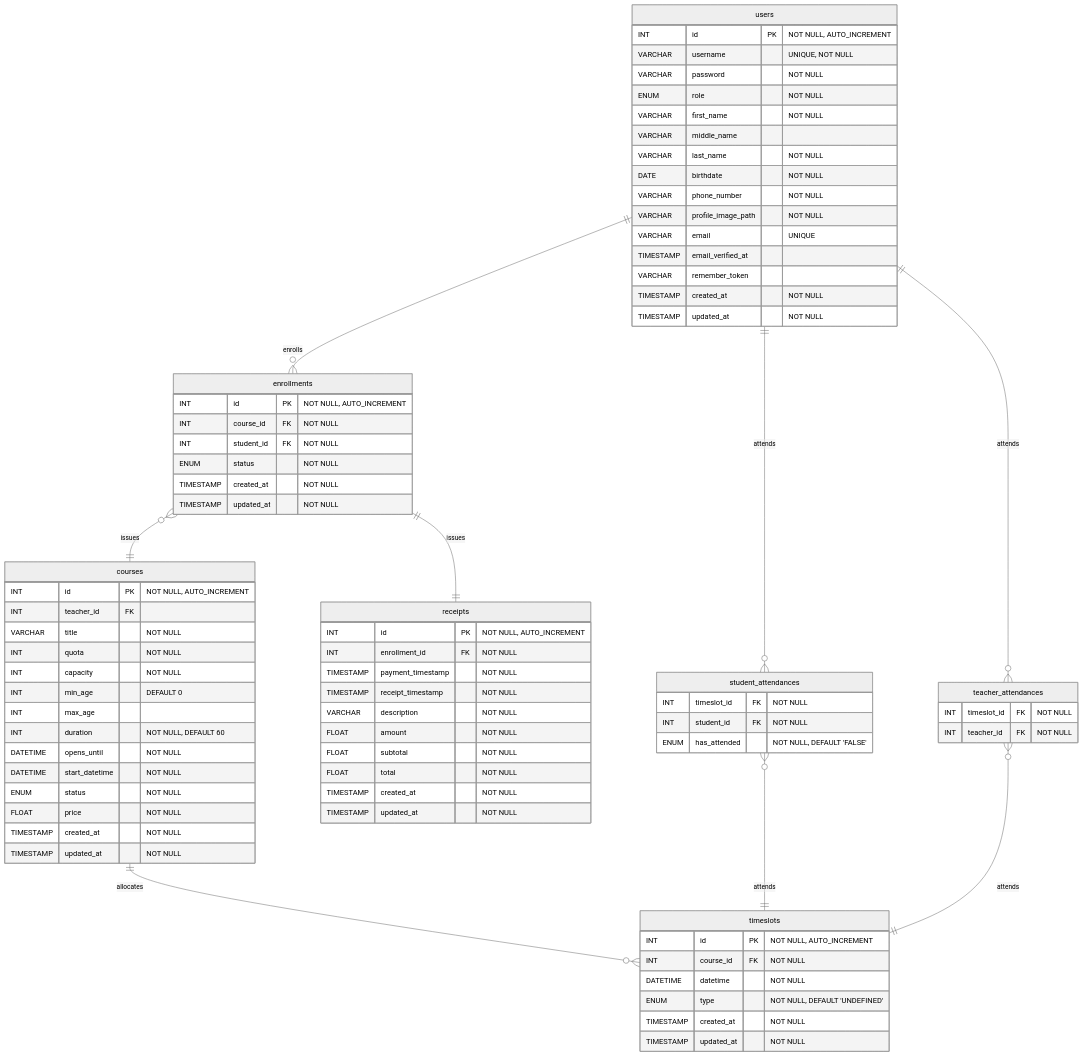
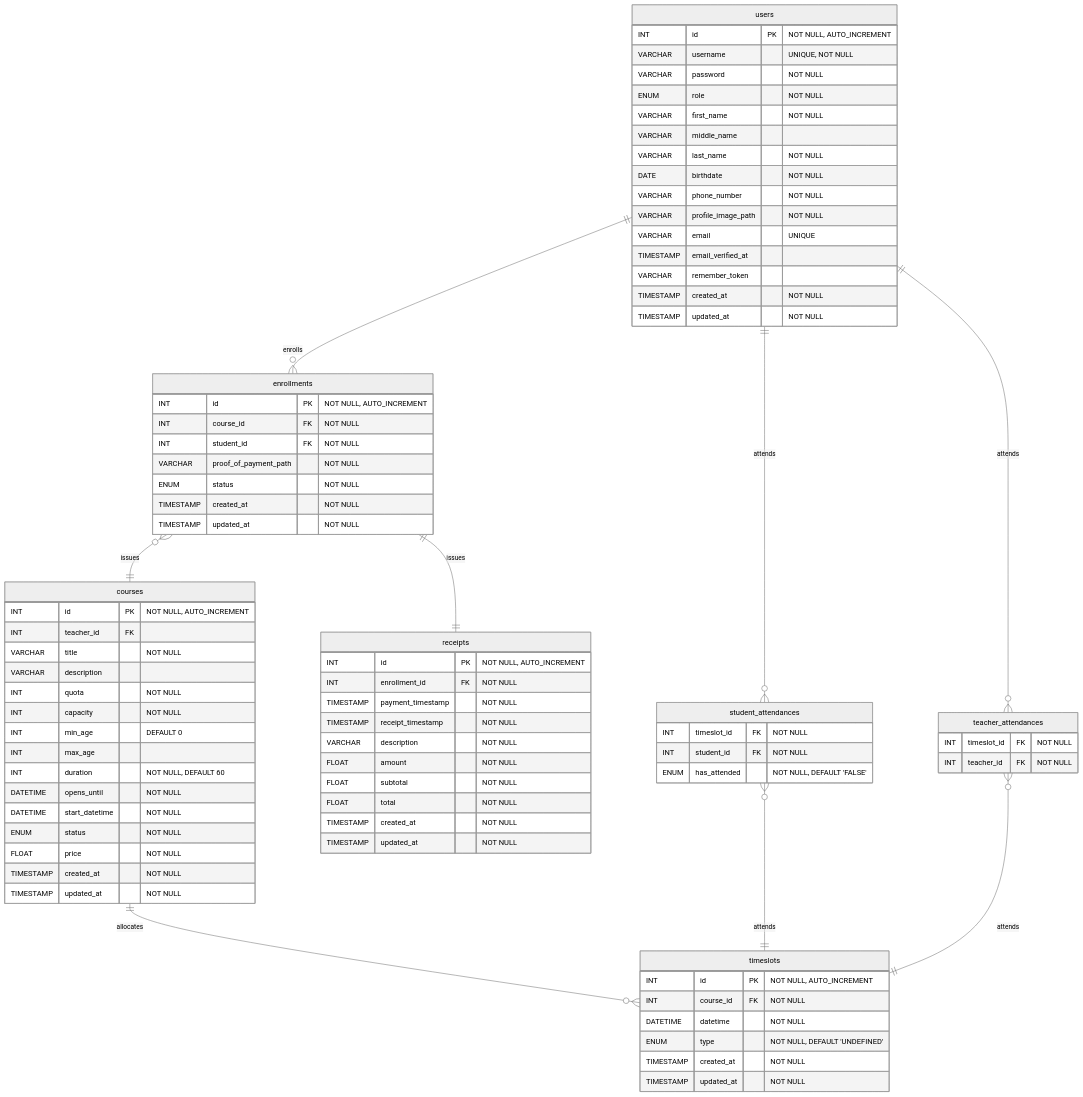
Before and after one commit to SaluteKevin/AQkid: the diagram in Design/er.md, drawn with Mermaid (neutral theme). The commit also changed 2 other files, not shown here.

Commit message:
Add, update ER diagram

```diff
--- a/Design/er.md
+++ b/Design/er.md
@@ -26,6 +26,7 @@
         INT id PK "NOT NULL, AUTO_INCREMENT"
         INT teacher_id FK
         VARCHAR title "NOT NULL"
+        VARCHAR description
         INT quota "NOT NULL"
         INT capacity "NOT NULL"
         INT min_age "DEFAULT 0"
@@ -43,6 +44,7 @@
         INT id PK "NOT NULL, AUTO_INCREMENT"
         INT course_id FK "NOT NULL"
         INT student_id FK "NOT NULL"
+        VARCHAR proof_of_payment_path "NOT NULL"
         ENUM status "NOT NULL"
         TIMESTAMP created_at "NOT NULL"
         TIMESTAMP updated_at "NOT NULL"
```
